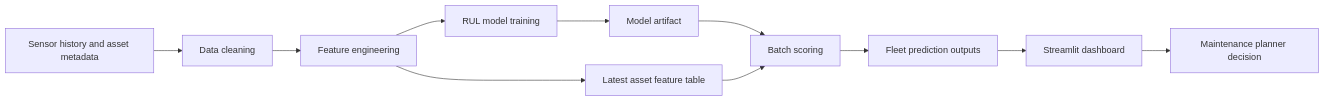
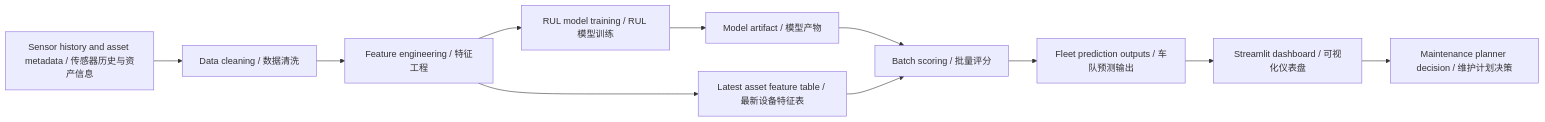
Before and after one commit to ZiruiWang2021/ai-predictive-maintenance-deployment-toolkit: the diagram in README.md, drawn with Mermaid. The commit also changed other lines of this file and 14 other files, not shown here.

````diff
--- a/README.md
+++ b/README.md
@@ -175,13 +214,13 @@
 ```mermaid
 flowchart LR
-    A["Sensor history and asset metadata"] --> B["Data cleaning"]
-    B --> C["Feature engineering"]
-    C --> D["RUL model training"]
-    D --> E["Model artifact"]
-    C --> F["Latest asset feature table"]
-    E --> G["Batch scoring"]
+    A["Sensor history and asset metadata / 传感器历史与资产信息"] --> B["Data cleaning / 数据清洗"]
+    B --> C["Feature engineering / 特征工程"]
+    C --> D["RUL model training / RUL 模型训练"]
+    D --> E["Model artifact / 模型产物"]
+    C --> F["Latest asset feature table / 最新设备特征表"]
+    E --> G["Batch scoring / 批量评分"]
     F --> G
-    G --> H["Fleet prediction outputs"]
-    H --> I["Streamlit dashboard"]
-    I --> J["Maintenance planner decision"]
+    G --> H["Fleet prediction outputs / 车队预测输出"]
+    H --> I["Streamlit dashboard / 可视化仪表盘"]
+    I --> J["Maintenance planner decision / 维护计划决策"]
 ```
````
